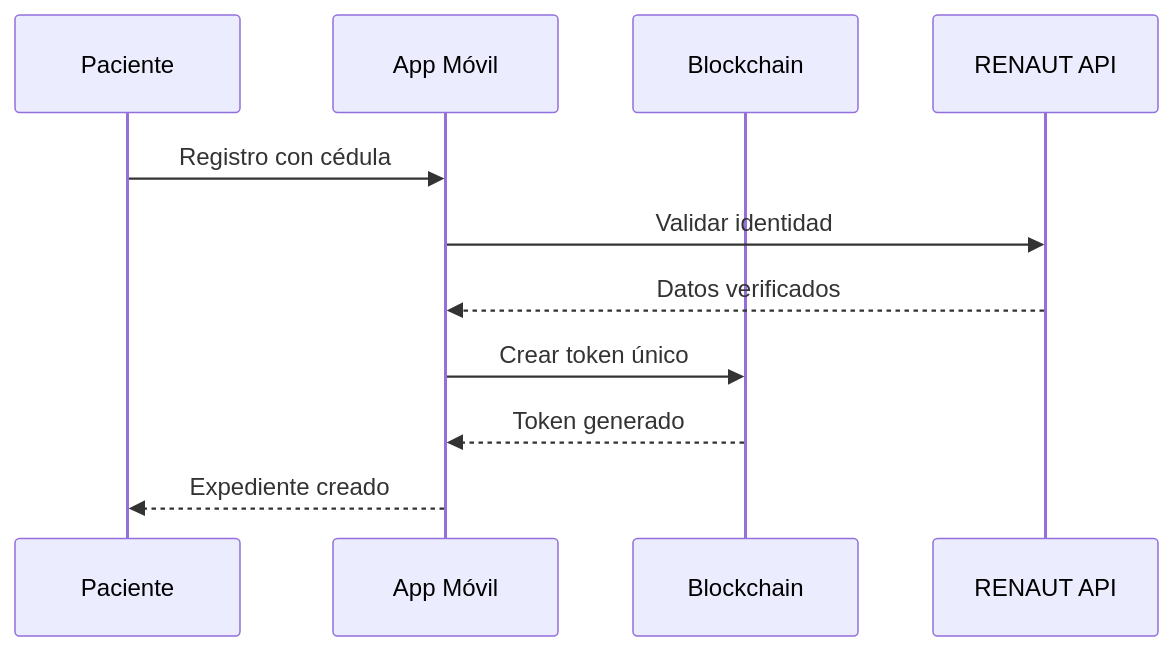
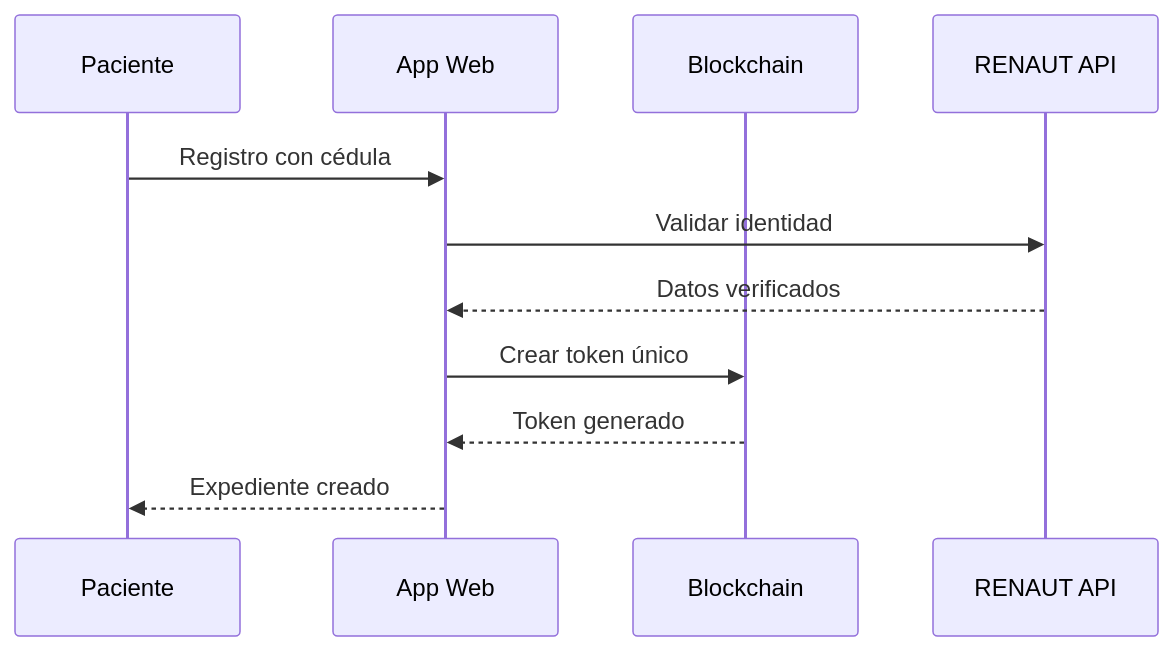
One commit to Quantumquirkz/PanamaHealth-Vault changed the second of 4 diagrams in README.md. Above: the diagram before and after it, drawn with Mermaid. The commit also changed other lines of this file, not shown here.

````diff
--- a/README.md
+++ b/README.md
@@ -232,14 +233,14 @@
 ```mermaid
 sequenceDiagram
     participant P as Paciente
-    participant A as App Móvil
+    participant W as App Web
     participant B as Blockchain
     participant N as RENAUT API
     
-    P->>A: Registro con cédula
-    A->>N: Validar identidad
-    N-->>A: Datos verificados
-    A->>B: Crear token único
-    B-->>A: Token generado
-    A-->>P: Expediente creado
+    P->>W: Registro con cédula
+    W->>N: Validar identidad
+    N-->>W: Datos verificados
+    W->>B: Crear token único
+    B-->>W: Token generado
+    W-->>P: Expediente creado
 ```
````
